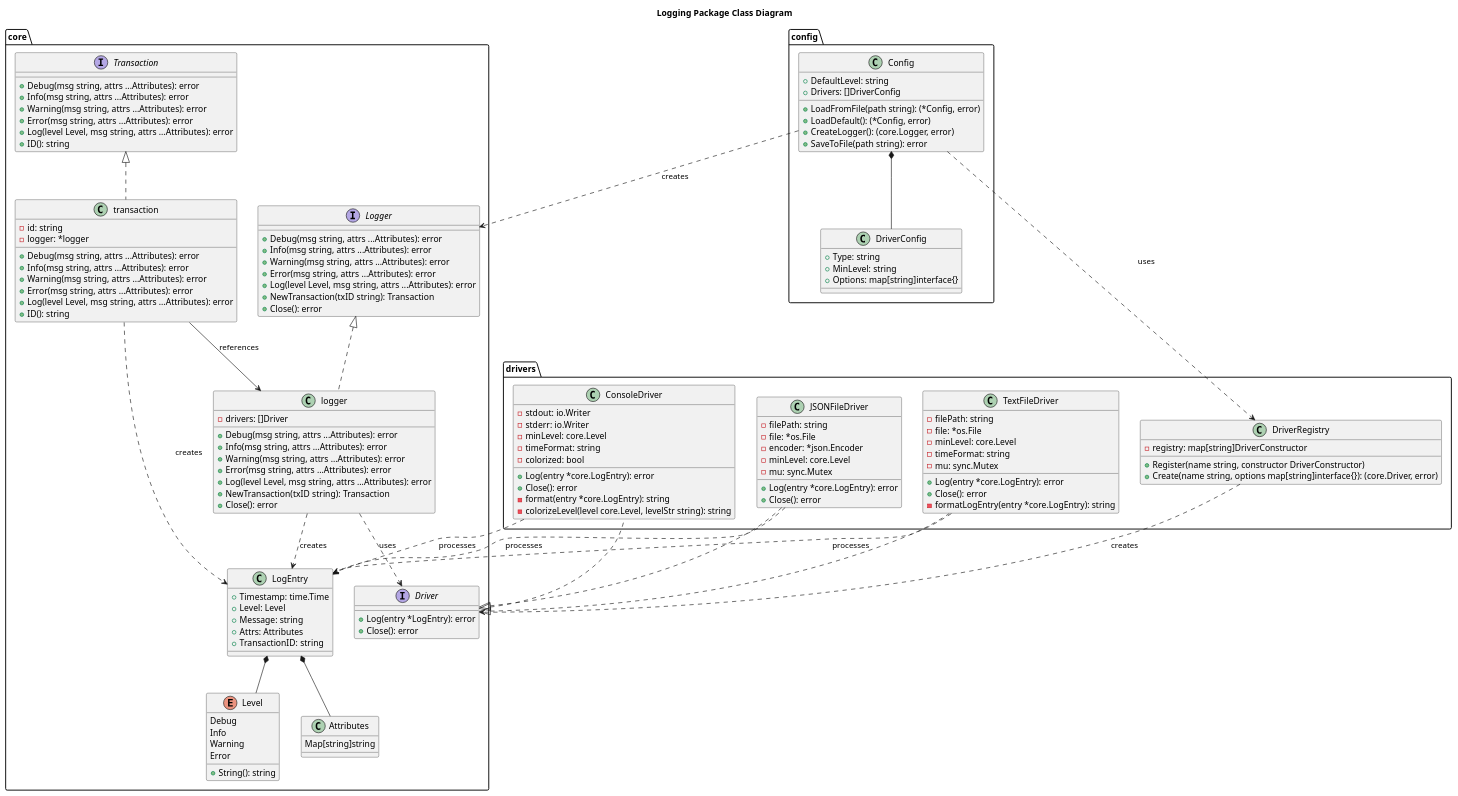
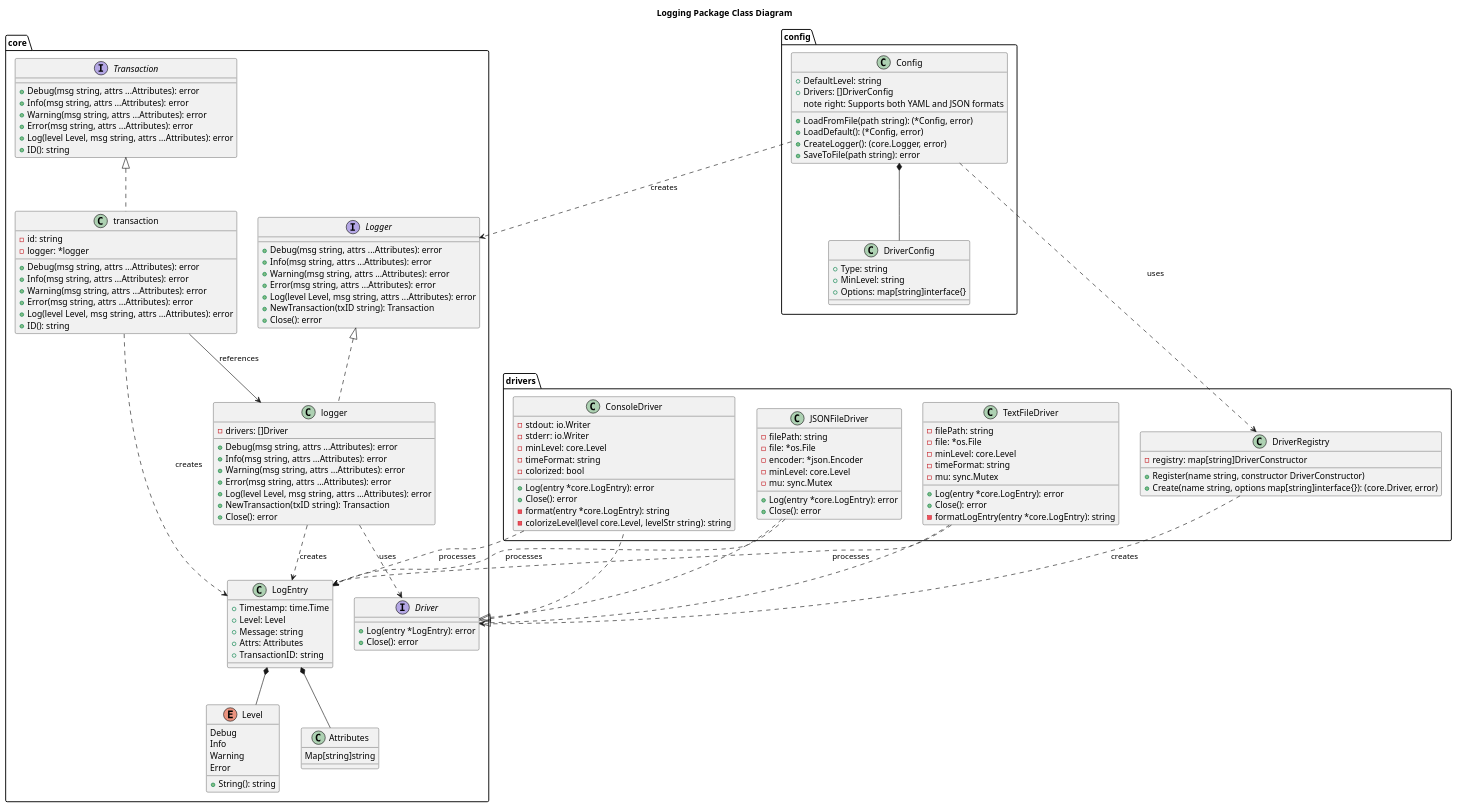
Before and after one commit to MaoDaGreith/logging: the diagram in docs/class_diagram.md, drawn with PlantUML. The commit also changed 2 other files, not shown here.

Commit message:
docs: Update diagrams

```diff
--- a/docs/class_diagram.md
+++ b/docs/class_diagram.md
@@ -131,6 +131,7 @@
     +LoadDefault(): (*Config, error)
     +CreateLogger(): (core.Logger, error)
     +SaveToFile(path string): error
+    note right: Supports both YAML and JSON formats
   }
 
   class DriverConfig {
```
